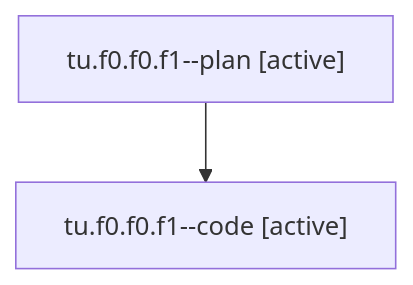
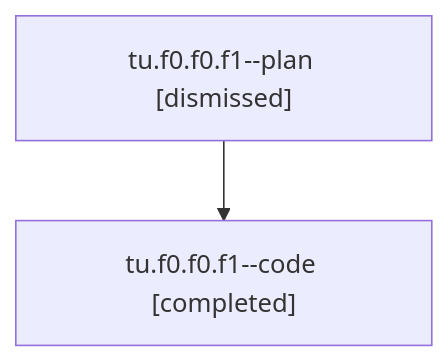
The diagram in families/bbugyi200.athena.tu.f0.f0.f1.md (bobs-org/bob-cli--agents), drawn with Mermaid before and after one commit. The commit also changed other lines of this file and 133 other files, not shown here.

````diff
--- a/families/bbugyi200.athena.tu.f0.f0.f1.md
+++ b/families/bbugyi200.athena.tu.f0.f0.f1.md
@@ -9,6 +9,6 @@
 ```mermaid
 flowchart TD
-  n0["tu.f0.f0.f1--plan [active]"]
-  n1["tu.f0.f0.f1--code [active]"]
+  n0["tu.f0.f0.f1--plan [dismissed]"]
+  n1["tu.f0.f0.f1--code [completed]"]
   n0 --> n1
 ```
````
